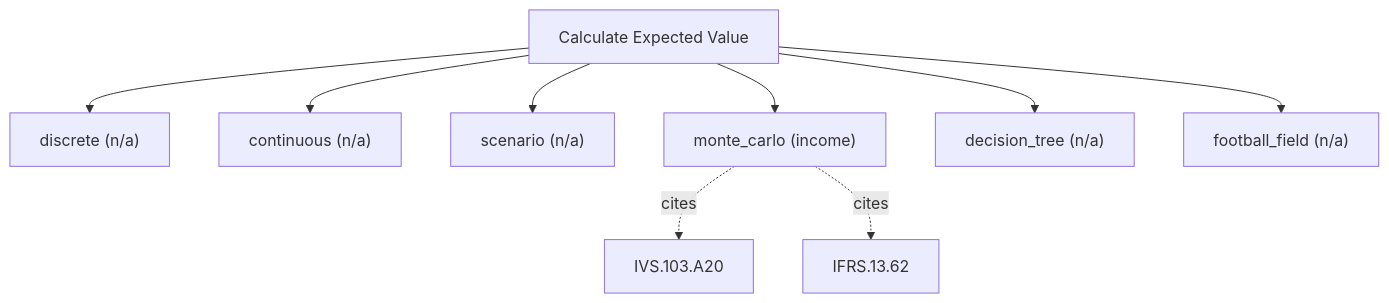
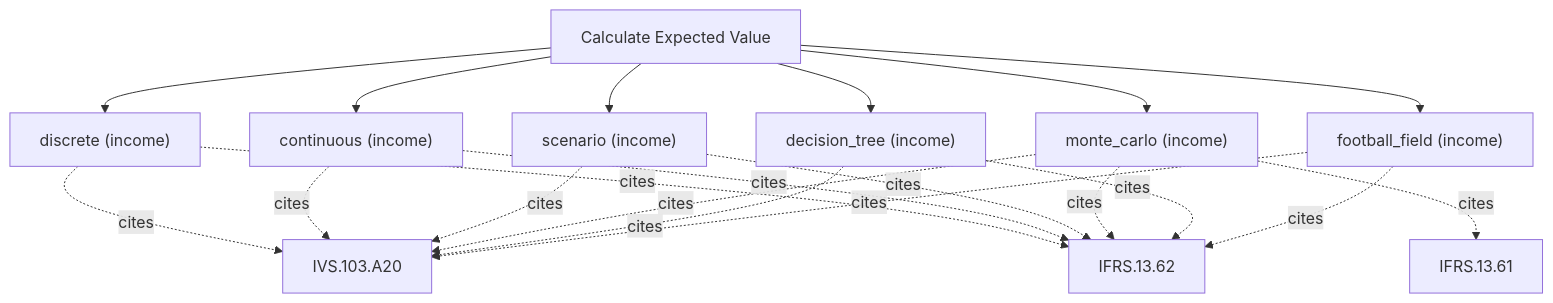
The diagram in docs/methods/calculate_expected_value.md (simonmak-ascent/fair-value), drawn with Mermaid before and after one commit. The commit also changed other lines of this file and 18 other files, not shown here.

````diff
--- a/docs/methods/calculate_expected_value.md
+++ b/docs/methods/calculate_expected_value.md
@@ -5,12 +5,23 @@
 ```mermaid
 flowchart TD
   T[Calculate Expected Value]
-  T --> calculate_expected_value_discrete["discrete (n/a)"]
-  T --> calculate_expected_value_continuous["continuous (n/a)"]
-  T --> calculate_expected_value_scenario["scenario (n/a)"]
+  T --> calculate_expected_value_discrete["discrete (income)"]
+  calculate_expected_value_discrete -. cites .-> IVS_103_A20[IVS.103.A20]
+  calculate_expected_value_discrete -. cites .-> IFRS_13_62[IFRS.13.62]
+  T --> calculate_expected_value_continuous["continuous (income)"]
+  calculate_expected_value_continuous -. cites .-> IVS_103_A20[IVS.103.A20]
+  calculate_expected_value_continuous -. cites .-> IFRS_13_62[IFRS.13.62]
+  T --> calculate_expected_value_scenario["scenario (income)"]
+  calculate_expected_value_scenario -. cites .-> IVS_103_A20[IVS.103.A20]
+  calculate_expected_value_scenario -. cites .-> IFRS_13_62[IFRS.13.62]
   T --> calculate_expected_value_monte_carlo["monte_carlo (income)"]
   calculate_expected_value_monte_carlo -. cites .-> IVS_103_A20[IVS.103.A20]
+  calculate_expected_value_monte_carlo -. cites .-> IFRS_13_61[IFRS.13.61]
   calculate_expected_value_monte_carlo -. cites .-> IFRS_13_62[IFRS.13.62]
-  T --> calculate_expected_value_decision_tree["decision_tree (n/a)"]
-  T --> calculate_expected_value_football_field["football_field (n/a)"]
+  T --> calculate_expected_value_decision_tree["decision_tree (income)"]
+  calculate_expected_value_decision_tree -. cites .-> IVS_103_A20[IVS.103.A20]
+  calculate_expected_value_decision_tree -. cites .-> IFRS_13_62[IFRS.13.62]
+  T --> calculate_expected_value_football_field["football_field (income)"]
+  calculate_expected_value_football_field -. cites .-> IVS_103_A20[IVS.103.A20]
+  calculate_expected_value_football_field -. cites .-> IFRS_13_62[IFRS.13.62]
 ```
````
